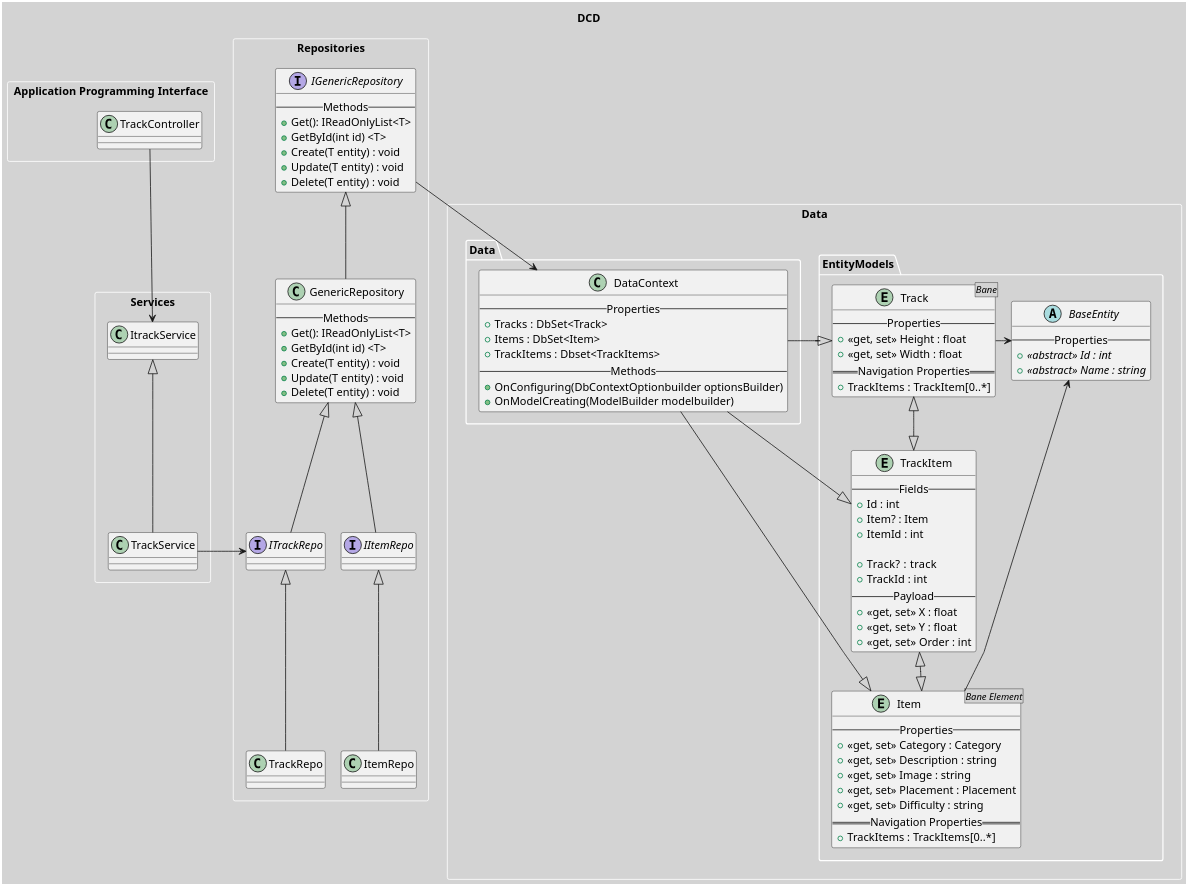
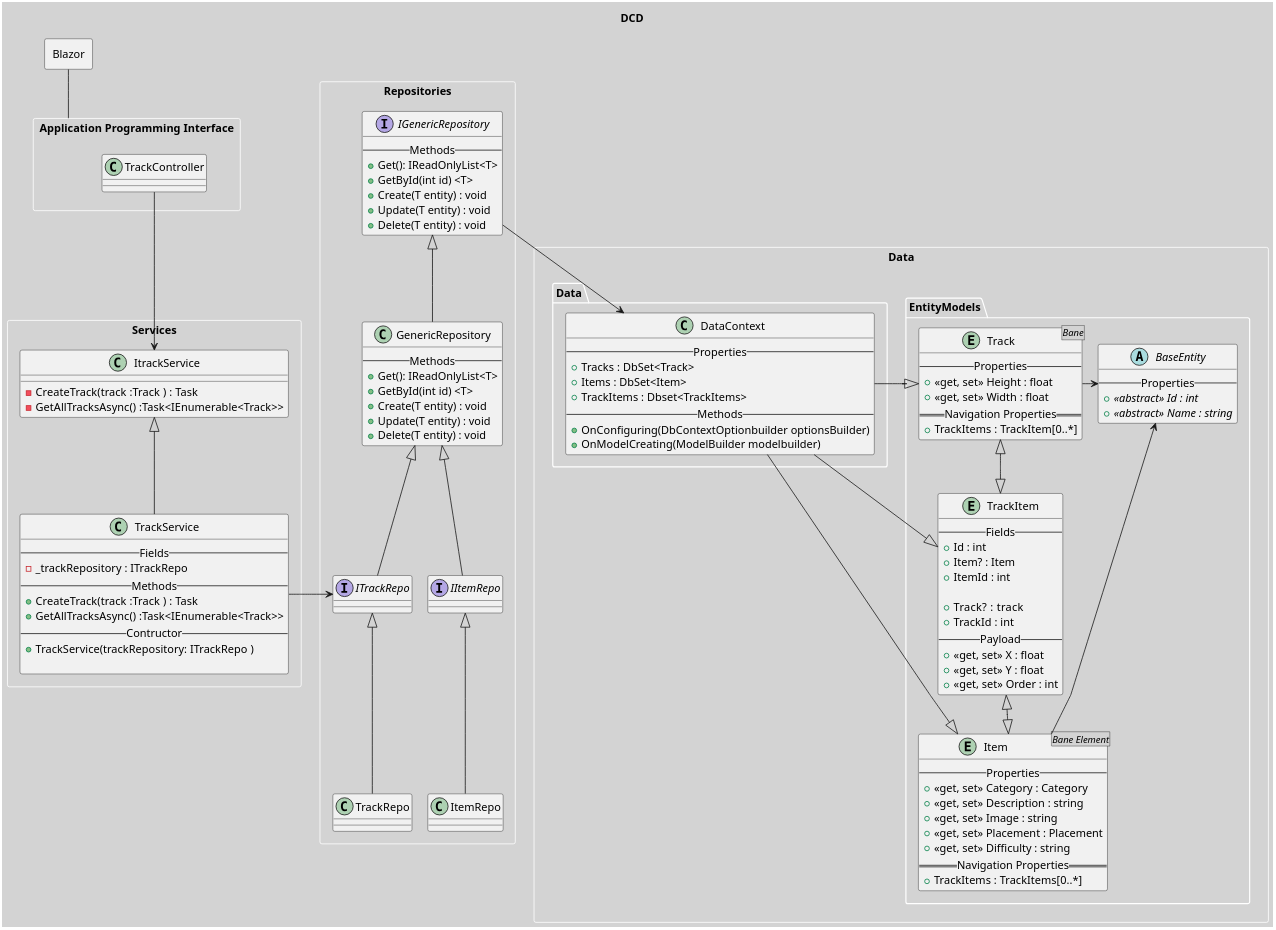
One commit to Team-1-ucl/DogApp changed the diagram in Dokumentation/Scenarier/Baner/Development View/DCD/DCDv2.wsd. Above: the diagram before and after it, drawn with PlantUML.

Commit message:
DCD, Updated TrackService

```diff
--- a/Dokumentation/Scenarier/Baner/Development View/DCD/DCDv2.wsd
+++ b/Dokumentation/Scenarier/Baner/Development View/DCD/DCDv2.wsd
@@ -1,124 +1,134 @@
 @startuml DCDv2
 title DCD
 skinparam nodesep 20
 skinparam ranksep 50
 skinparam linetype polyline
 skinparam dpi 300
 skinparam ComponentBorderThickness 0
 skinparam BackgroundColor lightgrey
 skinparam ComponentBackgroundColor white
 skinparam ComponentBorderColor white
 skinparam PackageBorderColor white
+rectangle "Blazor" as front{
+
+}
 rectangle "Application Programming Interface" as API {
     class TrackController{
 
     }
 }
 rectangle "Services" as Service{
     class ItrackService{
-        
+        - CreateTrack(track :Track ) : Task
+        - GetAllTracksAsync() :Task<IEnumerable<Track>> 
     }
     class TrackService{
-        
+        -- Fields --
+        - _trackRepository : ITrackRepo
+        -- Methods --
+        + CreateTrack(track :Track ) : Task
+        + GetAllTracksAsync() :Task<IEnumerable<Track>> 
+        -- Contructor --
+        + TrackService(trackRepository: ITrackRepo )
         
     }   
 }
 
 rectangle "Repositories" as Repositories{
     class "GenericRepository"{
             --Methods--
             + Get(): IReadOnlyList<T>
             + GetById(int id) <T>
             + Create(T entity) : void
             + Update(T entity) : void
             + Delete(T entity) : void
         }
 
         interface "IGenericRepository"{
             --Methods--
             + Get(): IReadOnlyList<T>
             + GetById(int id) <T>
             + Create(T entity) : void
             + Update(T entity) : void
             + Delete(T entity) : void
         }
         interface IItemRepo
         interface ITrackRepo
         class "ItemRepo"{
 
         }
         class "TrackRepo"{
 
         }
 }
 
 rectangle "Data" as models{
     package EntityModels{
         abstract class BaseEntity{
             -- Properties --
             + {abstract}<<abstract>> Id : int
             + {abstract}<<abstract>> Name : string
         }
         entity Track<Bane>{
             -- Properties --
             + <<get, set>> Height : float
             + <<get, set>> Width : float
             ==Navigation Properties==
             + TrackItems : TrackItem[0..*]
         }
         entity TrackItem{
             -- Fields --
             + Id : int
             + Item? : Item
             + ItemId : int
 
             + Track? :  track
             + TrackId : int
             -- Payload --
             + <<get, set>> X : float
             + <<get, set>> Y : float
             + <<get, set>> Order : int
         }
         entity Item<Bane Element>{
             -- Properties --
             + <<get, set>> Category : Category
             + <<get, set>> Description : string
             + <<get, set>> Image : string
             + <<get, set>> Placement : Placement
             + <<get, set>> Difficulty : string
             ==Navigation Properties==
             + TrackItems : TrackItems[0..*]
         }
     }
     package Data{
         class DataContext{
             --Properties--
             + Tracks : DbSet<Track>
             + Items : DbSet<Item>
             + TrackItems : Dbset<TrackItems>
             --Methods--
             + OnConfiguring(DbContextOptionbuilder optionsBuilder)
             + OnModelCreating(ModelBuilder modelbuilder)
         }
     }
 
 }
-
+front -- API
 TrackController --> ItrackService
 IGenericRepository  <|-- GenericRepository
 IGenericRepository --> DataContext
 GenericRepository <|-- IItemRepo
 GenericRepository <|-- ITrackRepo
 ITrackRepo <|-- TrackRepo
 IItemRepo <|-- ItemRepo
 TrackService -> ITrackRepo
 ItrackService <|-- TrackService
 BaseEntity  <- Track
 BaseEntity <- Item
 Track <|--|> TrackItem
 TrackItem <|--|> Item
 DataContext -|> Track
 DataContext -|> TrackItem
 DataContext -|> Item
 
 @enduml
```
